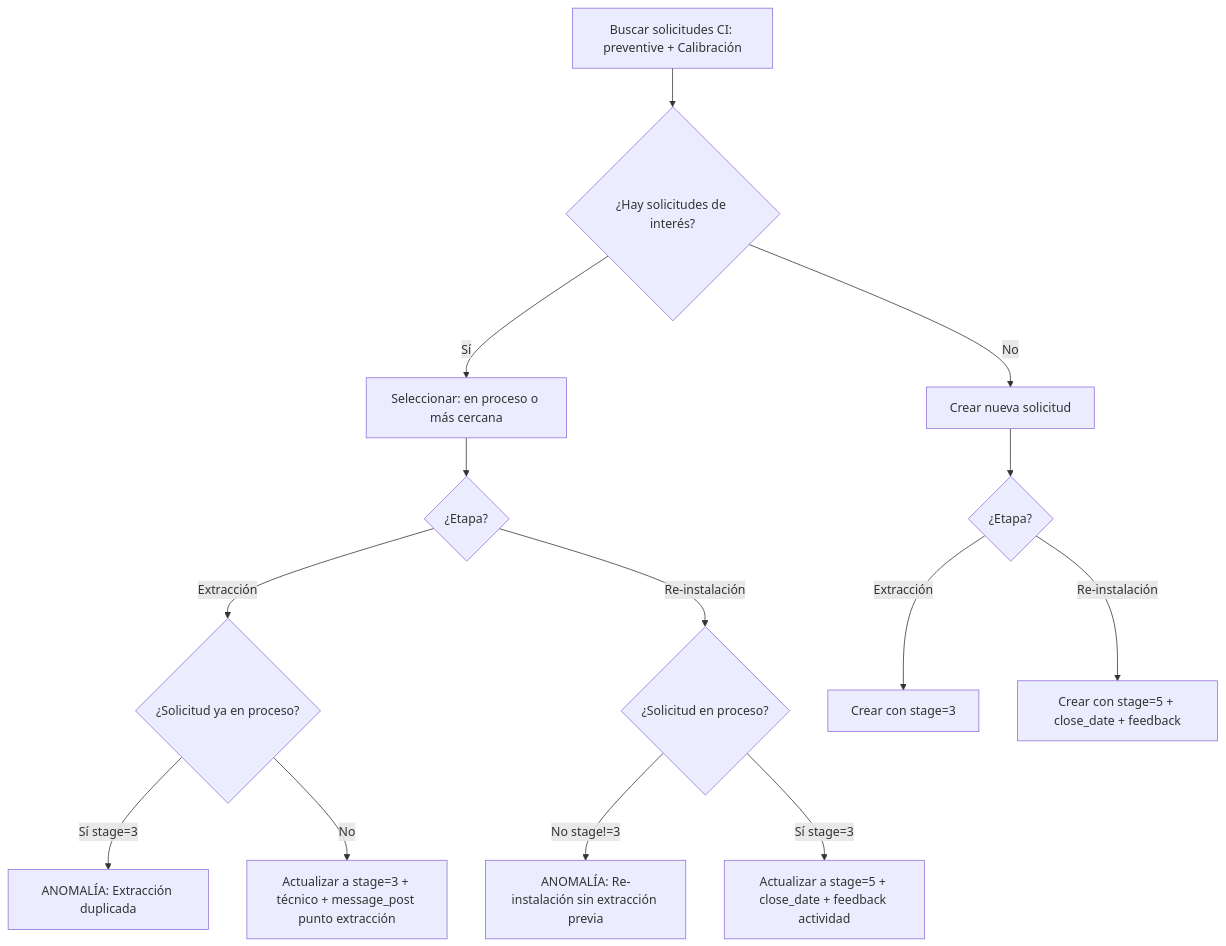
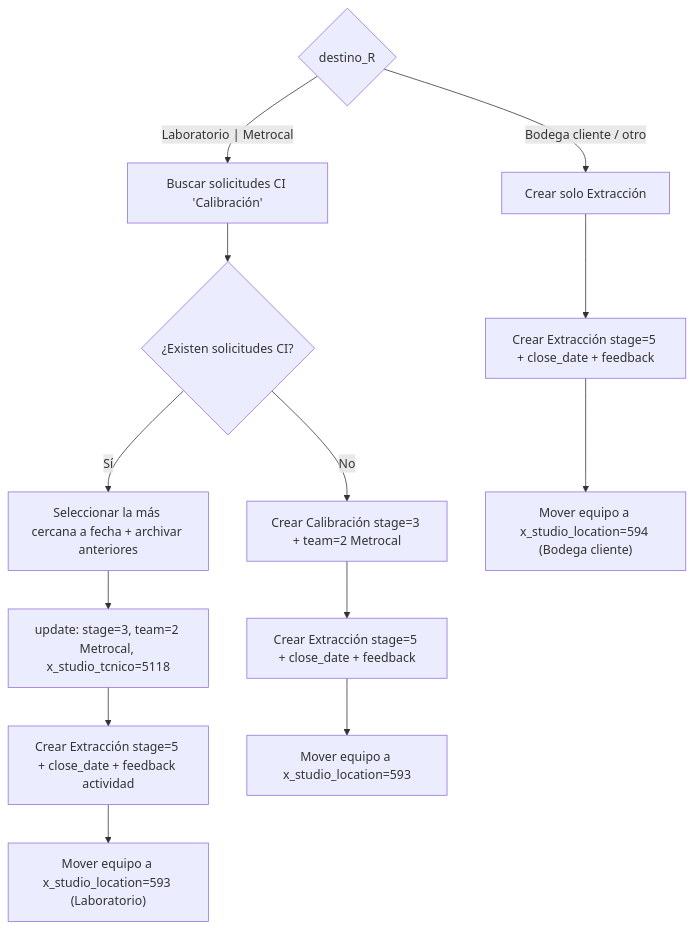
The eighth of 11 diagrams in pipeline_registro_II/processor_documentation.md (dcuerowe/odoo_con_mantenciones), drawn with Mermaid before and after one commit. The commit also changed other lines of this file and 4 other files, not shown here.

````diff
--- a/pipeline_registro_II/processor_documentation.md
+++ b/pipeline_registro_II/processor_documentation.md
@@ -328,19 +367,19 @@
 ```mermaid
 flowchart TD
-    A["Buscar solicitudes CI: preventive + Calibración"] --> B{"¿Hay solicitudes de interés?"}
-    B -->|Sí| C[Seleccionar: en proceso o más cercana]
-    B -->|No| D[Crear nueva solicitud]
-  
-    C --> E{"¿Etapa?"}
-    E -->|Extracción| F{"¿Solicitud ya en proceso?"}
-    F -->|"Sí stage=3"| F1[ANOMALÍA: Extracción duplicada]
-    F -->|No| F2["Actualizar a stage=3 + técnico + message_post punto extracción"]
-  
-    E -->|Re-instalación| G{"¿Solicitud en proceso?"}
-    G -->|"No stage!=3"| G1[ANOMALÍA: Re-instalación sin extracción previa]
-    G -->|"Sí stage=3"| G2["Actualizar a stage=5 + close_date + feedback actividad"]
-  
-    D --> H{"¿Etapa?"}
-    H -->|Extracción| I["Crear con stage=3"]
-    H -->|Re-instalación| J["Crear con stage=5 + close_date + feedback"]
+    A{"destino_R"}
+    A -->|"Laboratorio | Metrocal"| B[Buscar solicitudes CI 'Calibración']
+    A -->|"Bodega cliente / otro"| Z[Crear solo Extracción]
+
+    B --> B1{"¿Existen solicitudes CI?"}
+    B1 -->|Sí| C[Seleccionar la más cercana a fecha + archivar anteriores]
+    C --> C1["update: stage=3, team=2 Metrocal, x_studio_tcnico=5118"]
+    C1 --> C2["Crear Extracción stage=5 + close_date + feedback actividad"]
+    C2 --> C3["Mover equipo a x_studio_location=593 (Laboratorio)"]
+
+    B1 -->|No| D["Crear Calibración stage=3 + team=2 Metrocal"]
+    D --> D1["Crear Extracción stage=5 + close_date + feedback"]
+    D1 --> D2["Mover equipo a x_studio_location=593"]
+
+    Z --> Z1["Crear Extracción stage=5 + close_date + feedback"]
+    Z1 --> Z2["Mover equipo a x_studio_location=594 (Bodega cliente)"]
 ```
````
